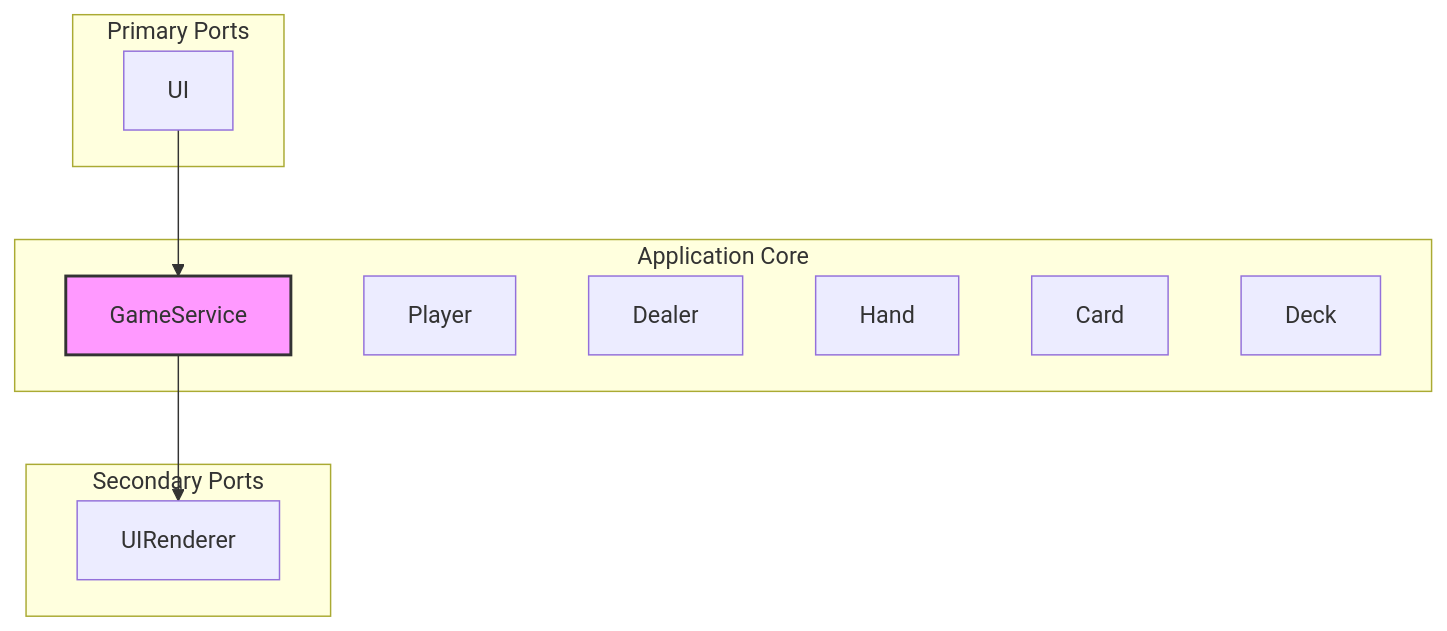
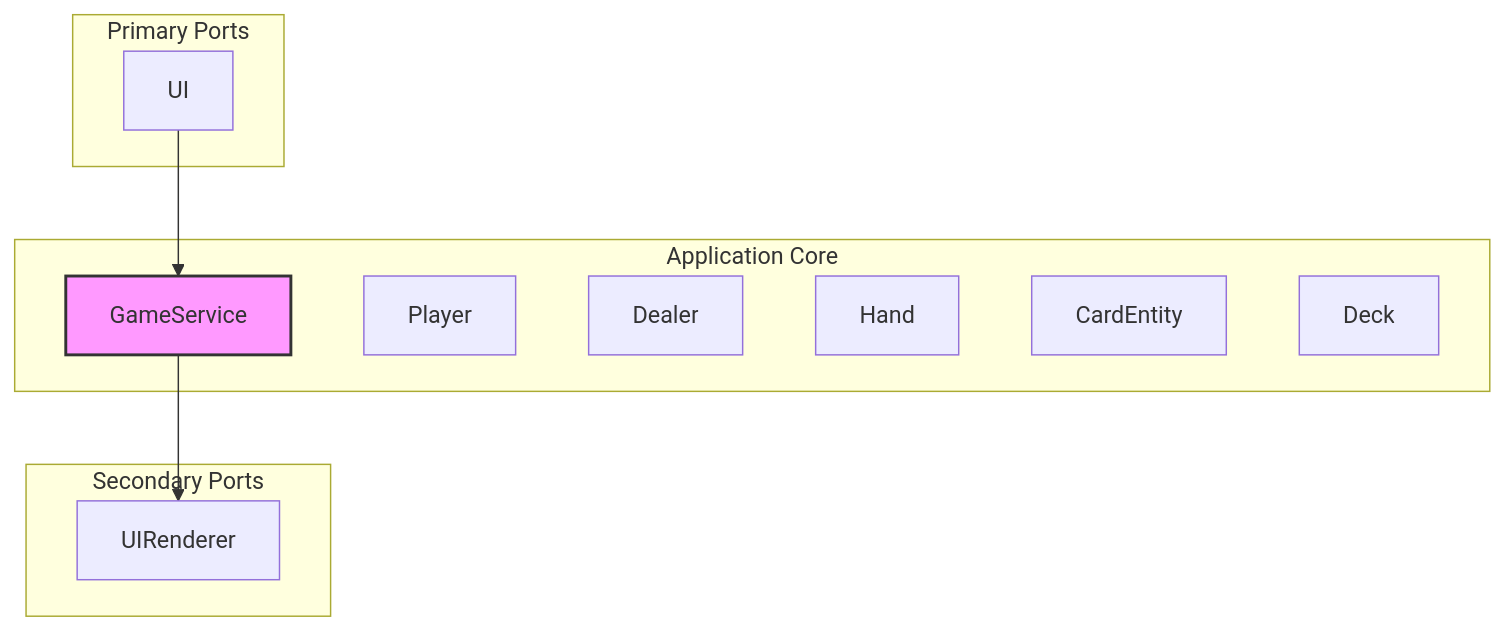
One commit to HigorAlves/blackjack changed the second of 2 diagrams in docs/blackjack-domain-doc.md. Above: the diagram before and after it, drawn with Mermaid. The commit also changed other lines of this file and 8 other files, not shown here.

````diff
--- a/docs/blackjack-domain-doc.md
+++ b/docs/blackjack-domain-doc.md
@@ -94,22 +94,22 @@
 ```mermaid
 flowchart TD
     subgraph Application Core
         GameService
         Player
         Dealer
         Hand
-        Card
+        CardEntity
         Deck
     end
 
     subgraph Primary Ports
         UI --> GameService
     end
 
     subgraph Secondary Ports
         GameService --> UIRenderer
     end
 
     classDef hex fill:#f9f,stroke:#333,stroke-width:2px;
     class GameService hex
 ```
````
